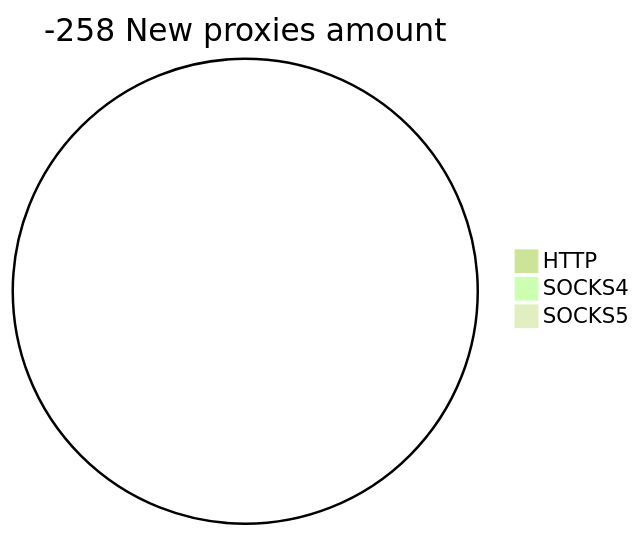
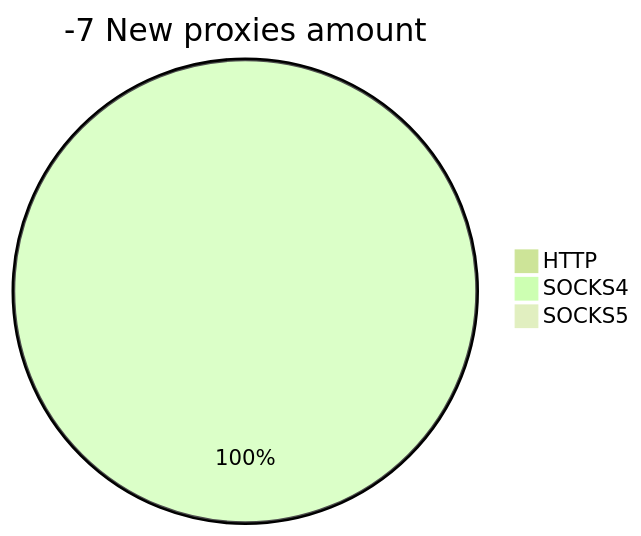
The second of 2 diagrams in README.md (cutipu/proxylist), drawn with Mermaid (forest theme) before and after one commit. The commit also changed other lines of this file, not shown here.

````diff
--- a/README.md
+++ b/README.md
@@ -10,6 +10,6 @@
 ```mermaid
-pie title -258 New proxies amount
+pie title -7 New proxies amount
     "HTTP" : 0
-    "SOCKS4" : 0
+    "SOCKS4" : 1
     "SOCKS5" : 0
 ```
````
